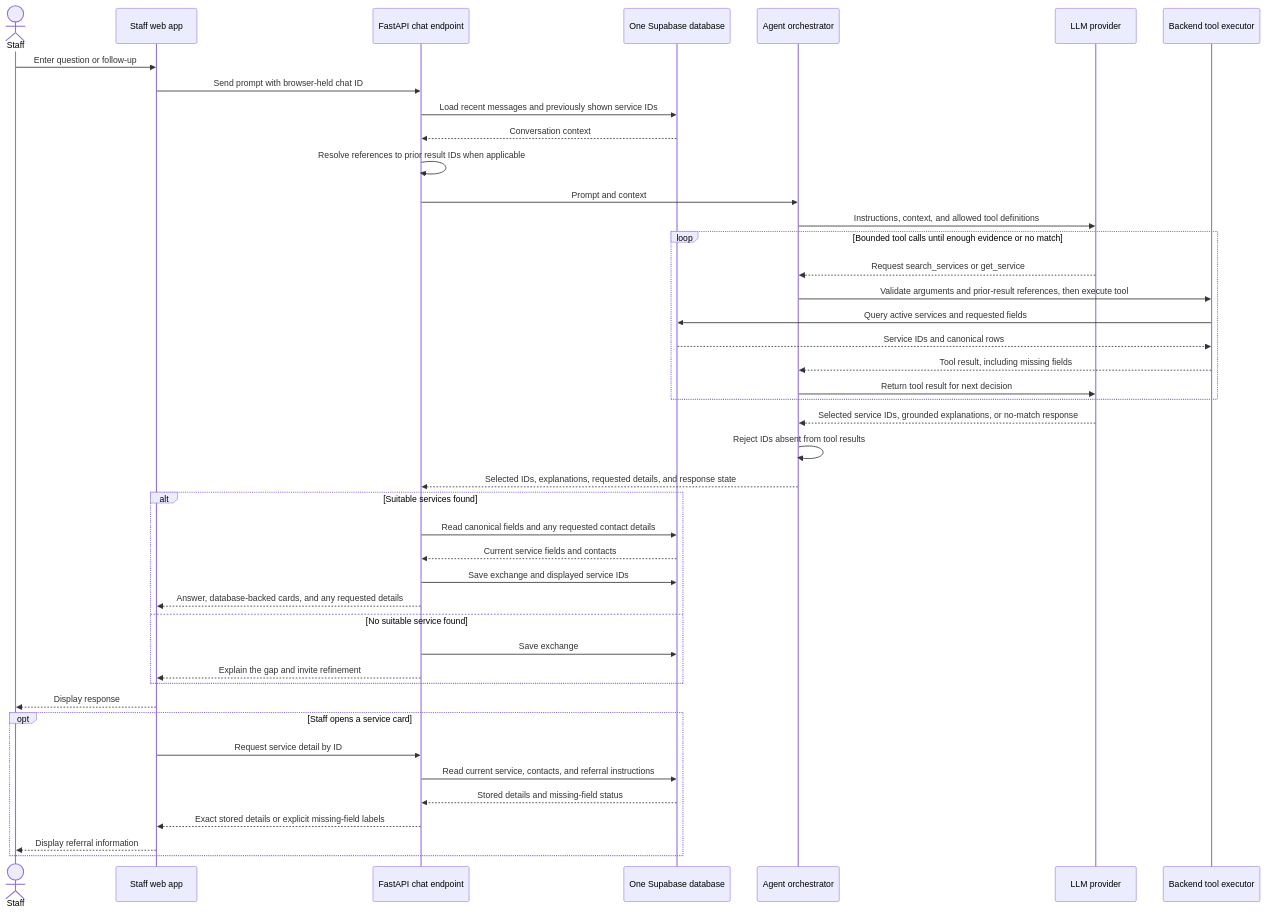
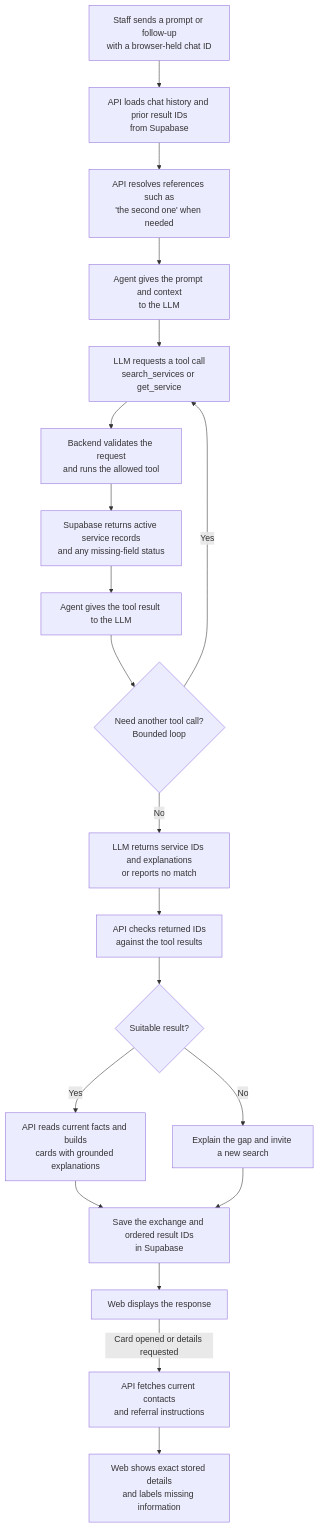
One commit to rice-apps/montrose-center changed the second of 2 diagrams in design/search-and-agent-flow.md. Above: the diagram before and after it, drawn with Mermaid.

Commit message:
updated agent diagram

````diff
--- a/design/search-and-agent-flow.md
+++ b/design/search-and-agent-flow.md
@@ -35,50 +35,29 @@
 ```mermaid
-sequenceDiagram
-    actor Staff
-    participant Web as Staff web app
-    participant API as FastAPI chat endpoint
-    participant DB as One Supabase database
-    participant Agent as Agent orchestrator
-    participant LLM as LLM provider
-    participant Tools as Backend tool executor
+flowchart TD
+    A["Staff sends a prompt or follow-up<br/>with a browser-held chat ID"]
+    B["API loads chat history and prior result IDs<br/>from Supabase"]
+    C["API resolves references such as<br/>'the second one' when needed"]
+    D["Agent gives the prompt and context<br/>to the LLM"]
+    E["LLM requests a tool call<br/>search_services or get_service"]
+    F["Backend validates the request<br/>and runs the allowed tool"]
+    G["Supabase returns active service records<br/>and any missing-field status"]
+    H["Agent gives the tool result to the LLM"]
+    I{"Need another tool call?<br/>Bounded loop"}
+    J["LLM returns service IDs and explanations<br/>or reports no match"]
+    K["API checks returned IDs<br/>against the tool results"]
+    L{"Suitable result?"}
+    M["API reads current facts and builds<br/>cards with grounded explanations"]
+    N["Explain the gap and invite a new search"]
+    O["Save the exchange and ordered result IDs<br/>in Supabase"]
+    P["Web displays the response"]
+    Q["API fetches current contacts<br/>and referral instructions"]
+    R["Web shows exact stored details<br/>and labels missing information"]
 
-    Staff->>Web: Enter question or follow-up
-    Web->>API: Send prompt with browser-held chat ID
-    API->>DB: Load recent messages and previously shown service IDs
-    DB-->>API: Conversation context
-    API->>API: Resolve references to prior result IDs when applicable
-    API->>Agent: Prompt and context
-    Agent->>LLM: Instructions, context, and allowed tool definitions
-
-    loop Bounded tool calls until enough evidence or no match
-        LLM-->>Agent: Request search_services or get_service
-        Agent->>Tools: Validate arguments and prior-result references, then execute tool
-        Tools->>DB: Query active services and requested fields
-        DB-->>Tools: Service IDs and canonical rows
-        Tools-->>Agent: Tool result, including missing fields
-        Agent->>LLM: Return tool result for next decision
-    end
-
-    LLM-->>Agent: Selected service IDs, grounded explanations, or no-match response
-    Agent->>Agent: Reject IDs absent from tool results
-    Agent-->>API: Selected IDs, explanations, requested details, and response state
-
-    alt Suitable services found
-        API->>DB: Read canonical fields and any requested contact details
-        DB-->>API: Current service fields and contacts
-        API->>DB: Save exchange and displayed service IDs
-        API-->>Web: Answer, database-backed cards, and any requested details
-    else No suitable service found
-        API->>DB: Save exchange
-        API-->>Web: Explain the gap and invite refinement
-    end
-    Web-->>Staff: Display response
-
-    opt Staff opens a service card
-        Web->>API: Request service detail by ID
-        API->>DB: Read current service, contacts, and referral instructions
-        DB-->>API: Stored details and missing-field status
-        API-->>Web: Exact stored details or explicit missing-field labels
-        Web-->>Staff: Display referral information
-    end
+    A --> B --> C --> D --> E --> F --> G --> H --> I
+    I -->|Yes| E
+    I -->|No| J --> K --> L
+    L -->|Yes| M --> O
+    L -->|No| N --> O
+    O --> P
+    P -->|Card opened or details requested| Q --> R
 ```
````
